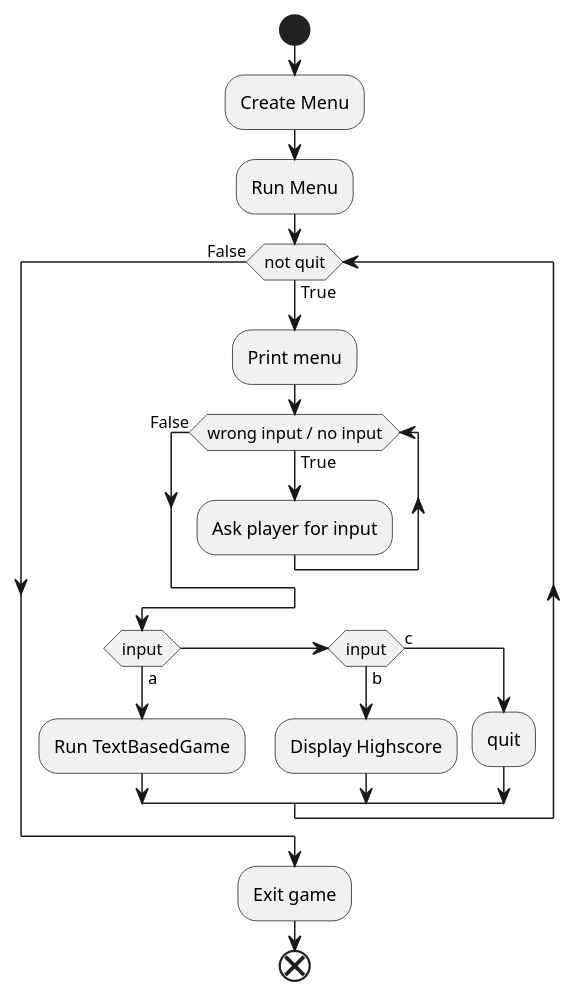
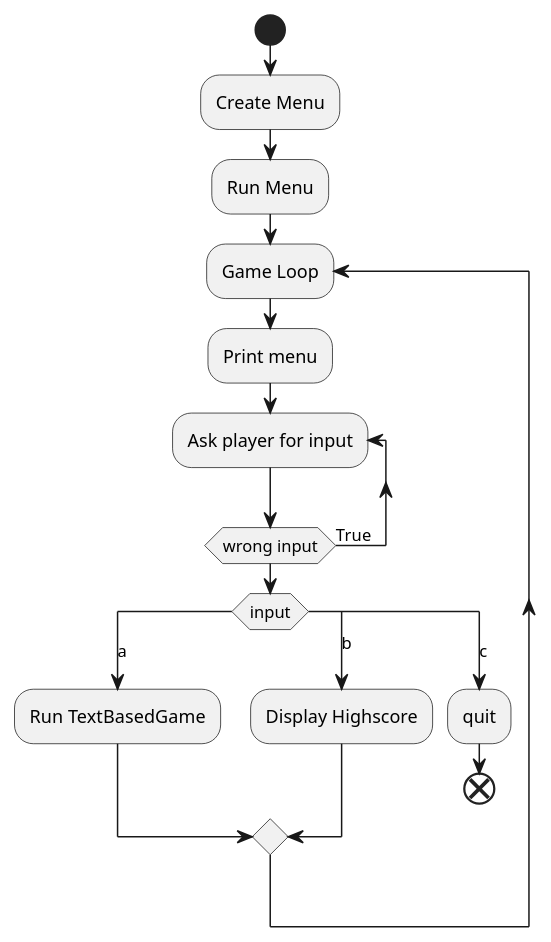
The diagram in diagrams/menu_activity_diagram.puml (killuari/quiz_game_ctk), drawn with PlantUML before and after one commit.

Commit message:
Adjust activity diagram

```diff
--- a/diagrams/menu_activity_diagram.puml
+++ b/diagrams/menu_activity_diagram.puml
@@ -2,22 +2,21 @@
 @startuml
 
 start
 
 :Create Menu;
 :Run Menu;
-while (not quit) is (True)
+repeat :Game Loop;
   :Print menu;
-  while (wrong input / no input) is (True)
-    :Ask player for input;
-  endwhile (False)
-    if (input) equals (a) then
+  repeat :Ask player for input;
+  repeat while (wrong input) is (True)
+  switch (input)
+    case (a)
         :Run TextBasedGame;
-    elseif (input) equals (b) then
+    case (b)
         :Display Highscore;
-    else (c)
+    case (c)
         :quit;
-    endif
-endwhile (False)
-:Exit game;
-end
+        end
+    endswitch
+repeat while
 @enduml
```
